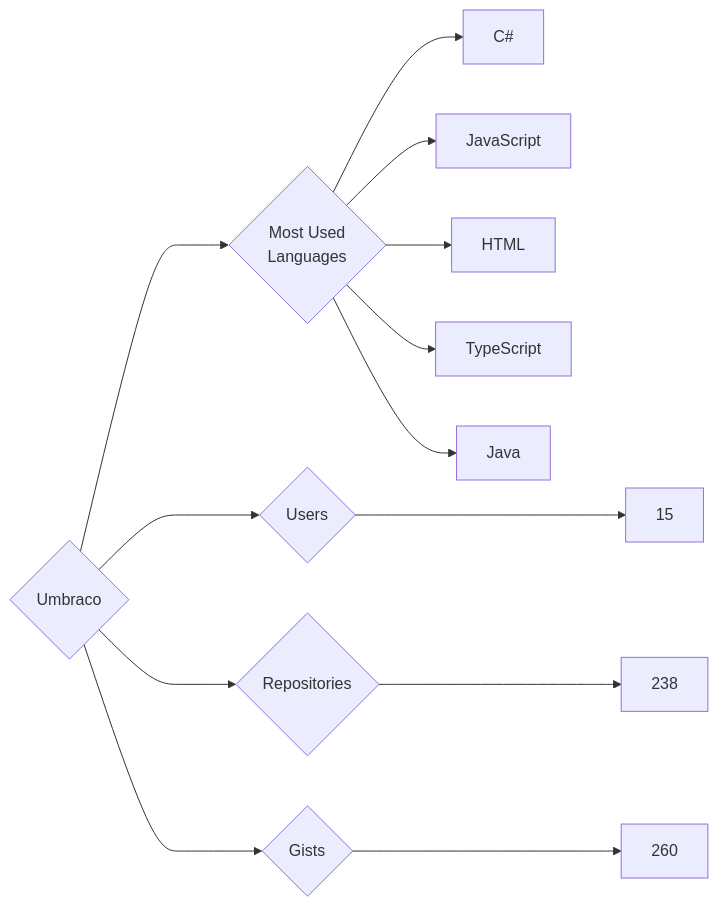
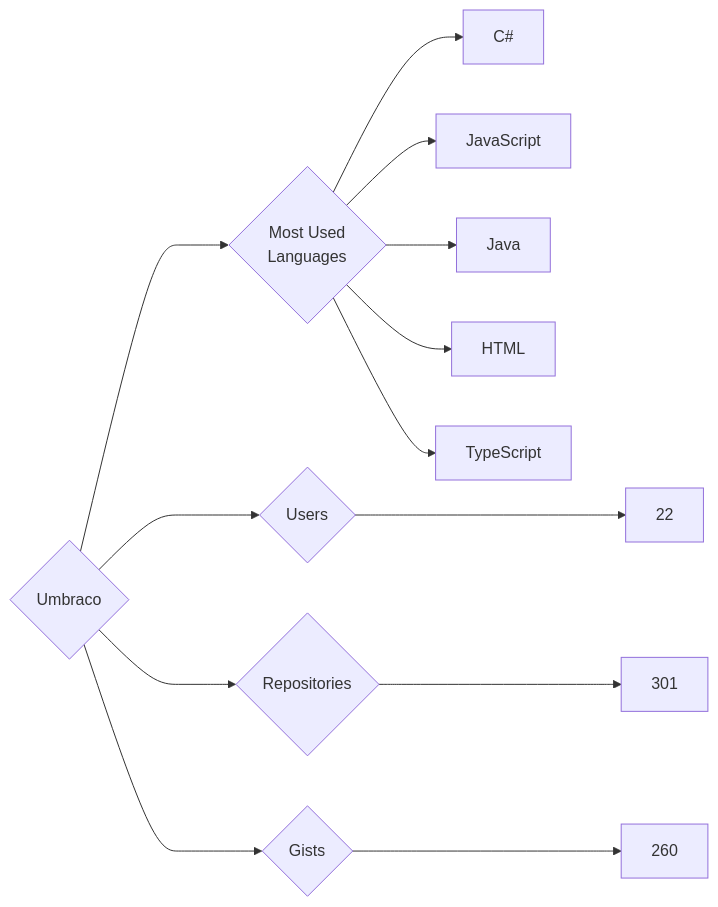
The diagram in targets/Umbraco/README.md (trickest/insiders), drawn with Mermaid before and after one commit. The commit also changed 823 other files, not shown here.

````diff
--- a/targets/Umbraco/README.md
+++ b/targets/Umbraco/README.md
@@ -3,13 +3,13 @@
 ```mermaid
 graph LR
 COMPANY_NAME{Umbraco}
-COMPANY_NAME ---> U{Users} ---> UN[15]
-COMPANY_NAME ---> R{Repositories} ---> RN[238]
+COMPANY_NAME ---> U{Users} ---> UN[22]
+COMPANY_NAME ---> R{Repositories} ---> RN[301]
 COMPANY_NAME ---> G{Gists} ---> GN[260]
 COMPANY_NAME ---> ML{Most Used<br>Languages}
 ML --> C#[C#]
 ML --> JavaScript[JavaScript]
+ML --> Java[Java]
 ML --> HTML[HTML]
 ML --> TypeScript[TypeScript]
-ML --> Java[Java]
 ```
````
